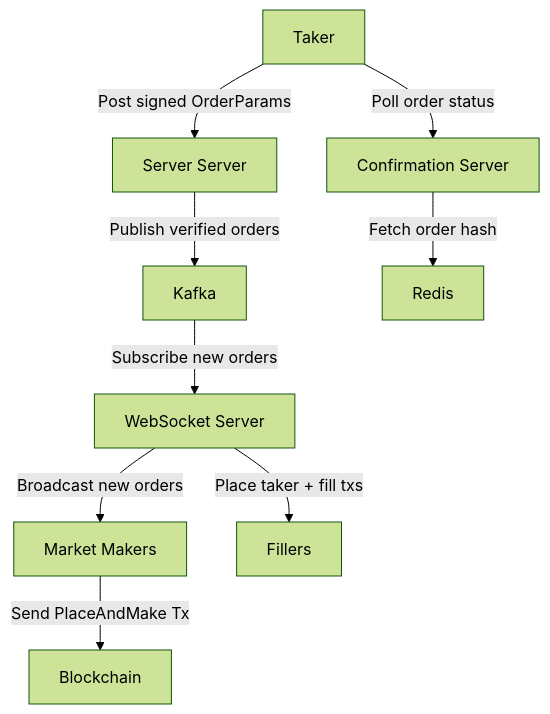
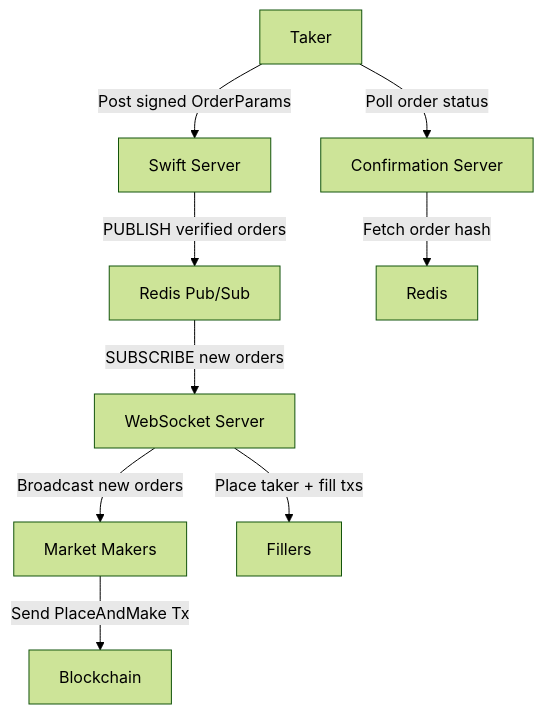
The diagram in README.md (drift-labs/swift), drawn with Mermaid (forest theme) before and after one commit. The commit also changed other lines of this file and 19 other files, not shown here.

First line of the commit message:
refactor: replace kafka pipeline with redis pubsub

````diff
--- a/README.md
+++ b/README.md
@@ -13,20 +13,20 @@
 ```mermaid
 graph TD
     A[Taker]
-    B[Server Server]
+    B[Swift Server]
     C[WebSocket Server]
     D[Market Makers]
-    E[Kafka]
+    E[Redis Pub/Sub]
     F[Blockchain]
     G[Confirmation Server]
     H[Redis]
     I[Fillers]
     A -->|Post signed OrderParams| B
-    B -->|Publish verified orders | E
+    B -->|PUBLISH verified orders | E
     C -->|Broadcast new orders| D
     D -->|Send PlaceAndMake Tx| F
-    E --> |Subscribe new orders| C
+    E --> |SUBSCRIBE new orders| C
     A -->|Poll order status|G
     G -->|Fetch order hash|H
     C -->|Place taker + fill txs| I
 ```
````
